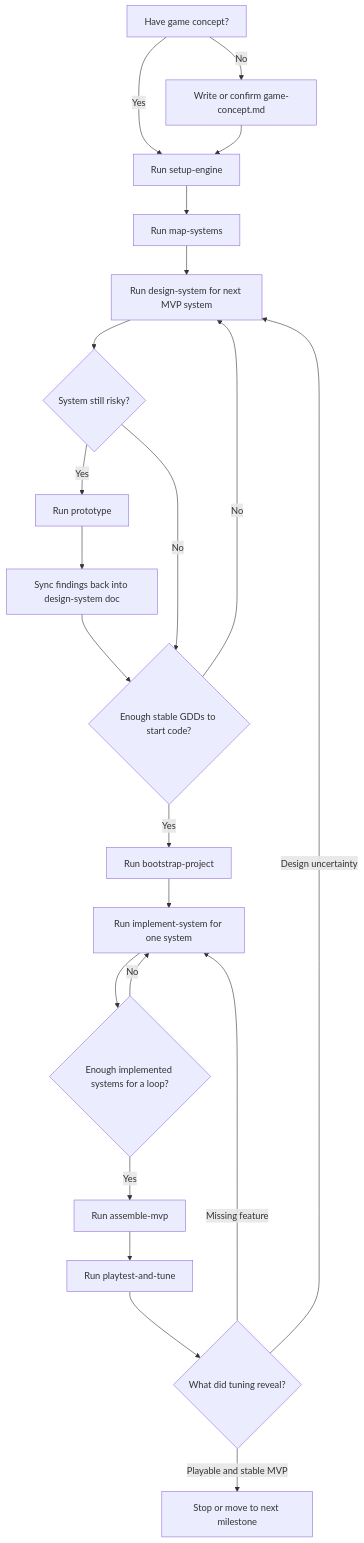
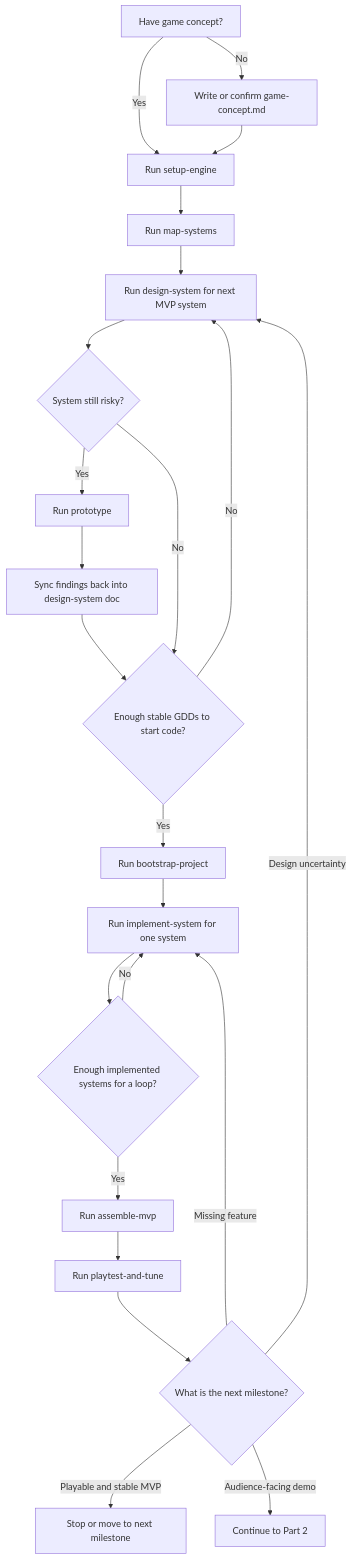
The third of 4 diagrams in docs/gamedev-workflow.md (avelrl/skills), drawn with Mermaid before and after one commit. The commit also changed other lines of this file and 25 other files, not shown here.

````diff
--- a/docs/gamedev-workflow.md
+++ b/docs/gamedev-workflow.md
@@ -300,24 +348,25 @@
 ```mermaid
 flowchart TD
     A["Have game concept?"] -->|No| B["Write or confirm game-concept.md"]
     A -->|Yes| C["Run setup-engine"]
     B --> C
     C --> D["Run map-systems"]
     D --> E["Run design-system for next MVP system"]
     E --> F{"System still risky?"}
     F -->|Yes| G["Run prototype"]
     G --> H["Sync findings back into design-system doc"]
     H --> I{"Enough stable GDDs to start code?"}
     F -->|No| I
     I -->|No| E
     I -->|Yes| J["Run bootstrap-project"]
     J --> K["Run implement-system for one system"]
     K --> L{"Enough implemented systems for a loop?"}
     L -->|No| K
     L -->|Yes| M["Run assemble-mvp"]
     M --> N["Run playtest-and-tune"]
-    N --> O{"What did tuning reveal?"}
+    N --> O{"What is the next milestone?"}
     O -->|Missing feature| K
     O -->|Design uncertainty| E
     O -->|Playable and stable MVP| P["Stop or move to next milestone"]
+    O -->|Audience-facing demo| Q["Continue to Part 2"]
 ```
````
